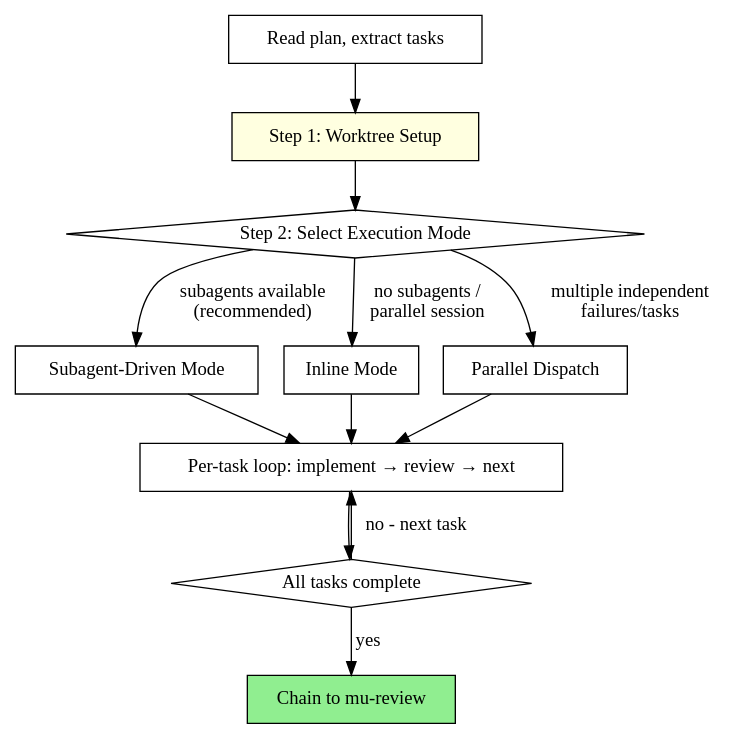
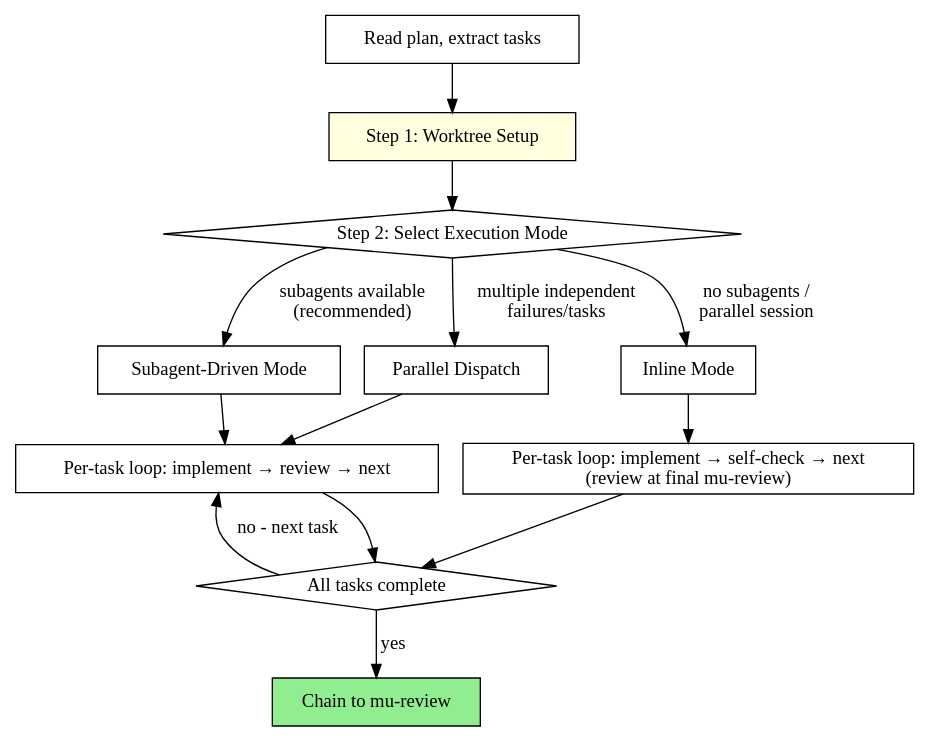
Before and after one commit to knotmark-ai/devmuse: the first of 5 diagrams in skills/mu-code/SKILL.md, drawn with Graphviz. The commit also changed other lines of this file and 1 other file, not shown here.

First line of the commit message:
fix(mu-code): scope per-task review gates to Subagent-Driven Mode

````diff
--- a/skills/mu-code/SKILL.md
+++ b/skills/mu-code/SKILL.md
@@ -18,27 +18,29 @@
 ```dot
 digraph process_overview {
     rankdir=TB;
 
     "Read plan, extract tasks" [shape=box];
     "Step 1: Worktree Setup" [shape=box style=filled fillcolor=lightyellow];
     "Step 2: Select Execution Mode" [shape=diamond];
     "Subagent-Driven Mode" [shape=box];
     "Inline Mode" [shape=box];
     "Parallel Dispatch" [shape=box];
     "Per-task loop: implement → review → next" [shape=box];
     "All tasks complete" [shape=diamond];
     "Chain to mu-review" [shape=box style=filled fillcolor=lightgreen];
 
     "Read plan, extract tasks" -> "Step 1: Worktree Setup";
     "Step 1: Worktree Setup" -> "Step 2: Select Execution Mode";
     "Step 2: Select Execution Mode" -> "Subagent-Driven Mode" [label="subagents available\n(recommended)"];
     "Step 2: Select Execution Mode" -> "Inline Mode" [label="no subagents /\nparallel session"];
     "Step 2: Select Execution Mode" -> "Parallel Dispatch" [label="multiple independent\nfailures/tasks"];
+    "Per-task loop: implement → self-check → next\n(review at final mu-review)" [shape=box];
     "Subagent-Driven Mode" -> "Per-task loop: implement → review → next";
-    "Inline Mode" -> "Per-task loop: implement → review → next";
+    "Inline Mode" -> "Per-task loop: implement → self-check → next\n(review at final mu-review)";
+    "Per-task loop: implement → self-check → next\n(review at final mu-review)" -> "All tasks complete";
     "Parallel Dispatch" -> "Per-task loop: implement → review → next";
     "Per-task loop: implement → review → next" -> "All tasks complete";
     "All tasks complete" -> "Chain to mu-review" [label="yes"];
     "All tasks complete" -> "Per-task loop: implement → review → next" [label="no - next task"];
 }
 ```
````
